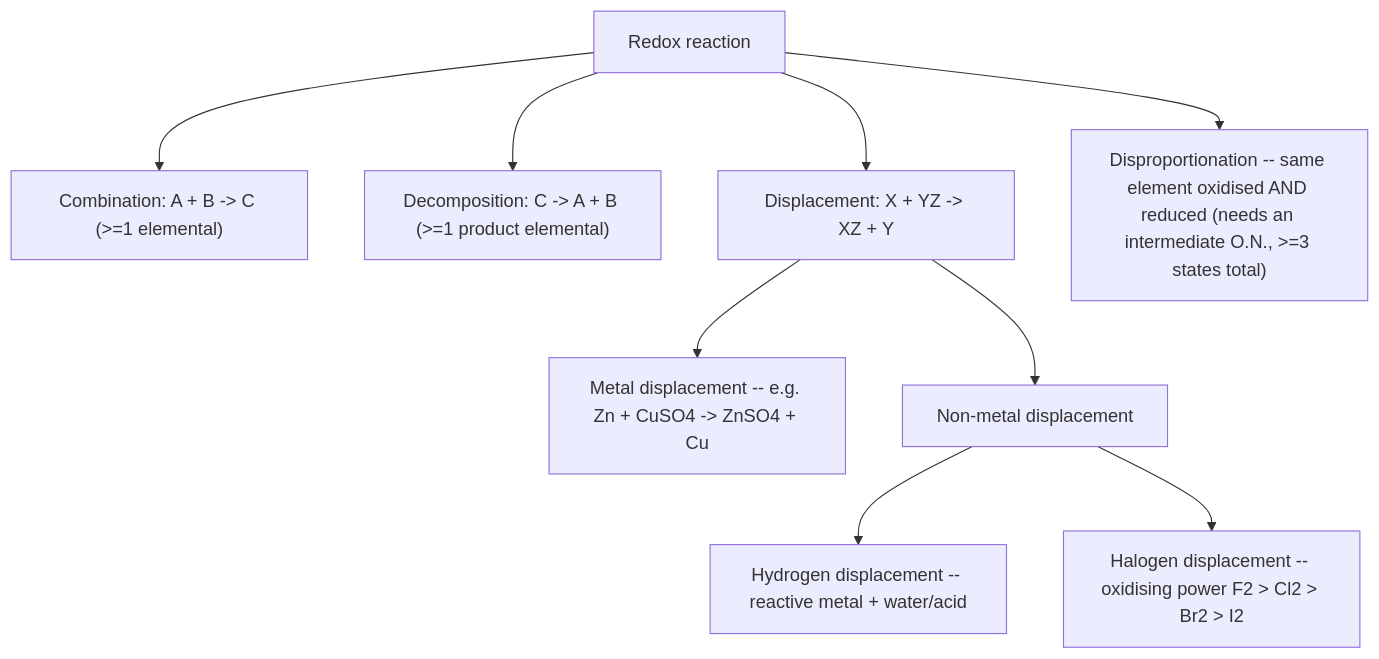
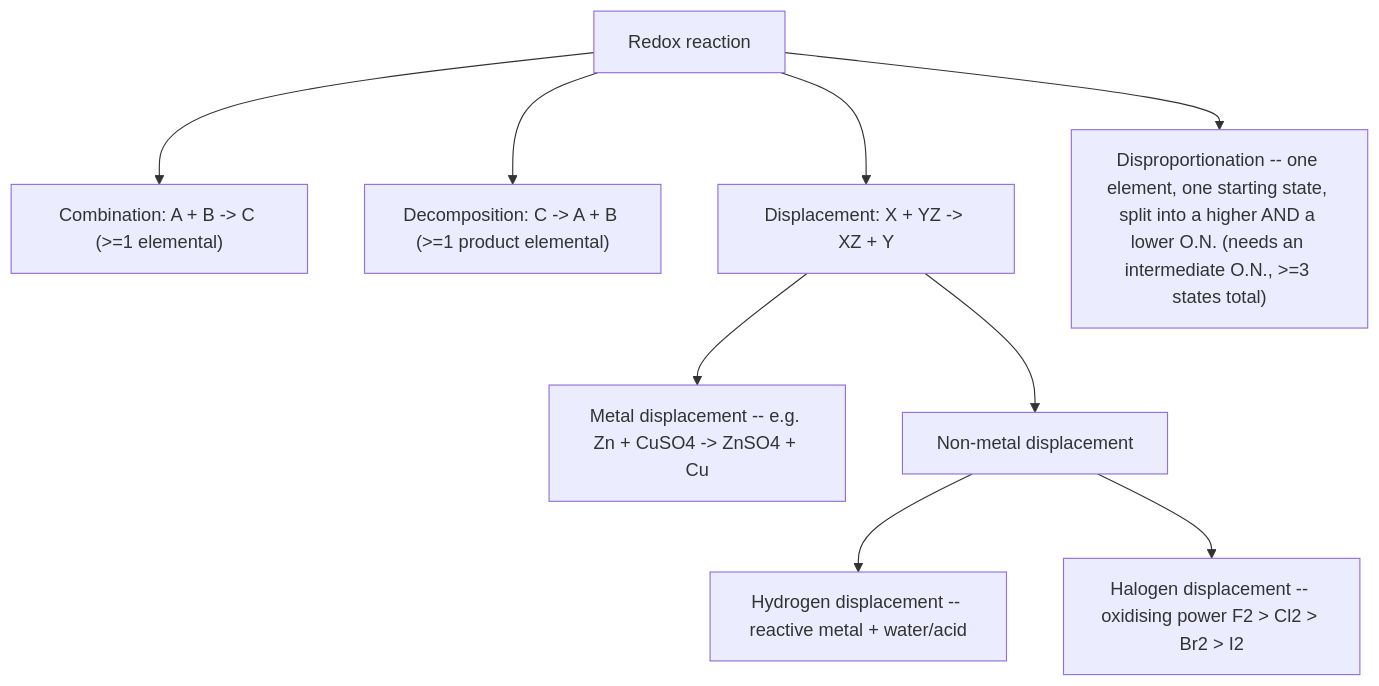
One commit to fsr-science/NCERT-Science changed the third of 4 diagrams in AI-NOTES/CHEMISTRY/CHEMISTRY07-REDOX_REACTIONS/CHEMISTRY07-REDOX_REACTIONS-NOTES.md. Above: the diagram before and after it, drawn with Mermaid. The commit also changed other lines of this file and 2 other files, not shown here.

````diff
--- a/AI-NOTES/CHEMISTRY/CHEMISTRY07-REDOX_REACTIONS/CHEMISTRY07-REDOX_REACTIONS-NOTES.md
+++ b/AI-NOTES/CHEMISTRY/CHEMISTRY07-REDOX_REACTIONS/CHEMISTRY07-REDOX_REACTIONS-NOTES.md
@@ -365,11 +438,11 @@
 ```mermaid
 flowchart TD
     R["Redox reaction"] --> Comb["Combination: A + B -> C (>=1 elemental)"]
     R --> Dec["Decomposition: C -> A + B (>=1 product elemental)"]
     R --> Disp["Displacement: X + YZ -> XZ + Y"]
     Disp --> DispM["Metal displacement -- e.g. Zn + CuSO4 -> ZnSO4 + Cu"]
     Disp --> DispN["Non-metal displacement"]
     DispN --> DispH["Hydrogen displacement -- reactive metal + water/acid"]
     DispN --> DispX["Halogen displacement -- oxidising power F2 > Cl2 > Br2 > I2"]
-    R --> Disprop["Disproportionation -- same element oxidised AND reduced (needs an intermediate O.N., >=3 states total)"]
+    R --> Disprop["Disproportionation -- one element, one starting state, split into a higher AND a lower O.N. (needs an intermediate O.N., >=3 states total)"]
 ```
````
